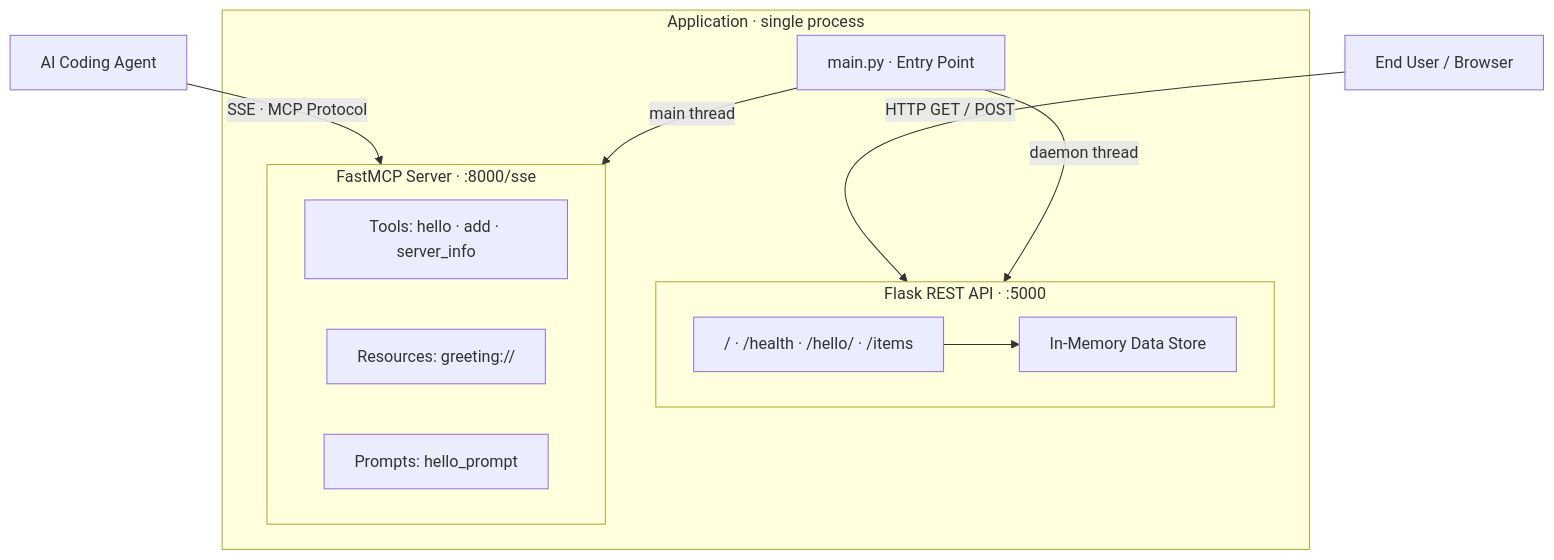
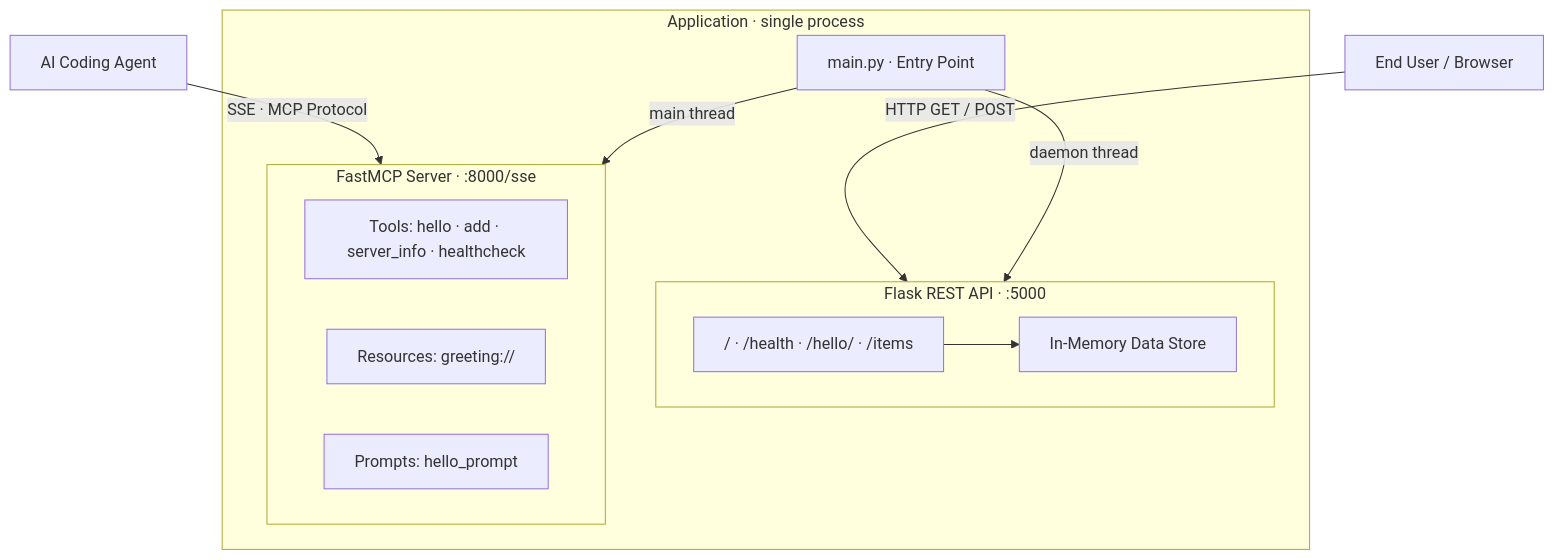
One commit to brbharad/ai_demo changed the first of 3 diagrams in docs/architecture.md. Above: the diagram before and after it, drawn with Mermaid. The commit also changed other lines of this file, not shown here.

Commit message:
Update architecture documentation to include healthcheck tool in FastMCP server component and data flow diagrams.

````diff
--- a/docs/architecture.md
+++ b/docs/architecture.md
@@ -5,25 +5,25 @@
 ```mermaid
 flowchart TD
     User["End User / Browser"]
     Agent["AI Coding Agent"]
 
     User -->|"HTTP GET / POST"| Flask
     Agent -->|"SSE · MCP Protocol"| MCP
 
     subgraph App ["Application · single process"]
         Main["main.py · Entry Point"]
 
         Main -->|"daemon thread"| Flask
         Main -->|"main thread"| MCP
 
         subgraph Flask ["Flask REST API · :5000"]
             Routes["/ · /health · /hello/<name> · /items"] --> Store["In-Memory Data Store"]
         end
 
         subgraph MCP ["FastMCP Server · :8000/sse"]
-            Tools["Tools: hello · add · server_info"]
+            Tools["Tools: hello · add · server_info · healthcheck"]
             Resources["Resources: greeting://"]
             Prompts["Prompts: hello_prompt"]
         end
     end
 ```
````
